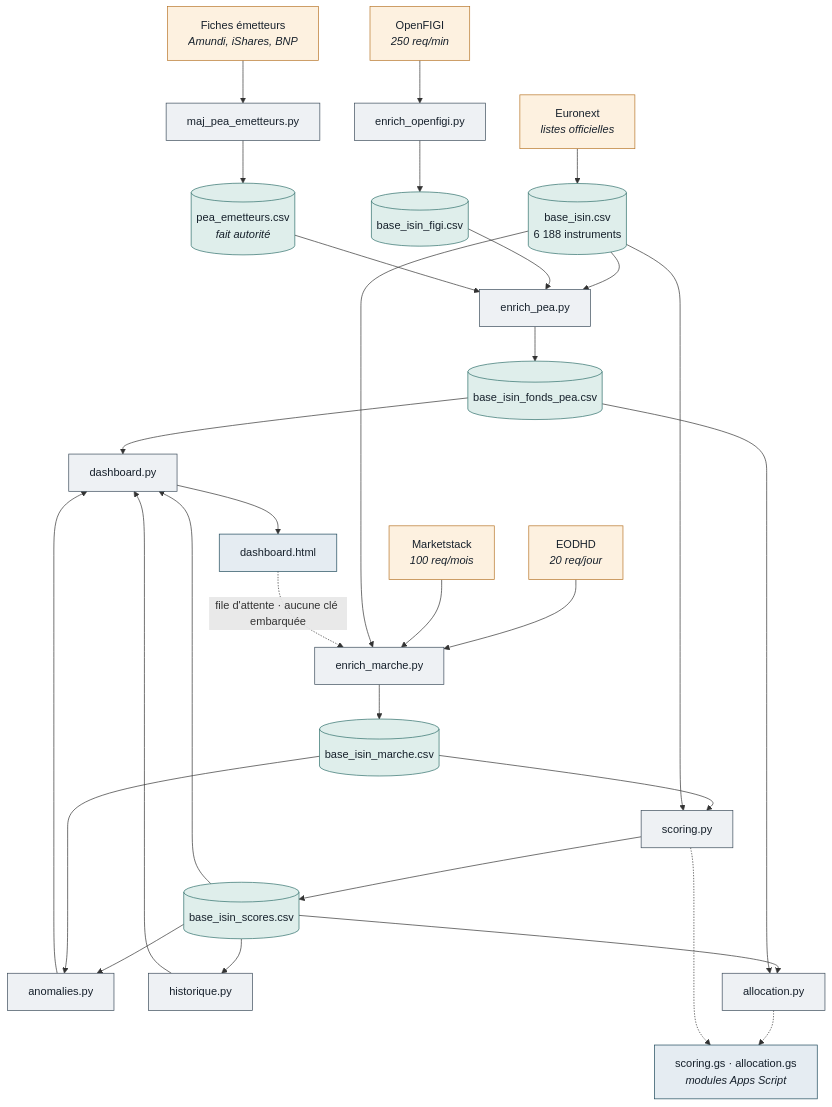
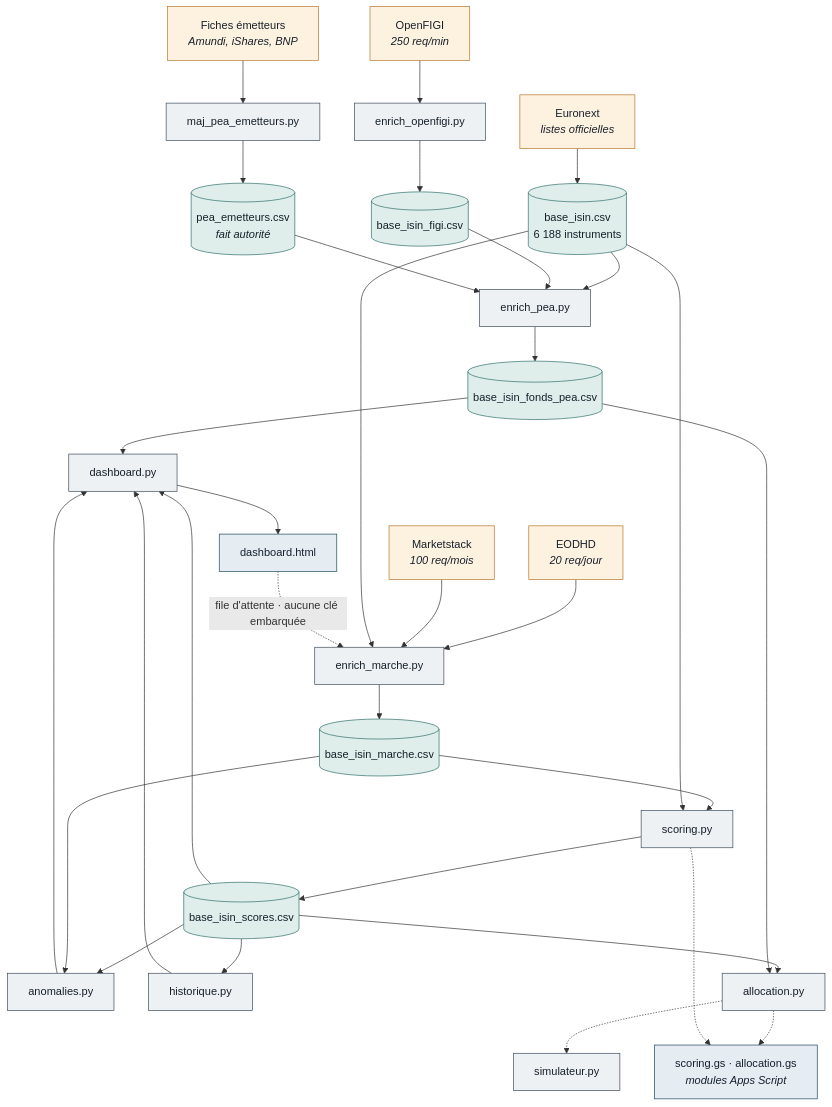
One commit to FredGarcia/PEAFirst changed the second of 3 diagrams in README.md. Above: the diagram before and after it, drawn with Mermaid. The commit also changed other lines of this file and 5 other files, not shown here.

````diff
--- a/README.md
+++ b/README.md
@@ -127,59 +128,61 @@
 ```mermaid
 flowchart TD
     EN["Euronext<br/><i>listes officielles</i>"]:::src
     OF["OpenFIGI<br/><i>250 req/min</i>"]:::src
     EM["Fiches émetteurs<br/><i>Amundi, iShares, BNP</i>"]:::src
     EO["EODHD<br/><i>20 req/jour</i>"]:::src
     MS["Marketstack<br/><i>100 req/mois</i>"]:::src
 
     B[("base_isin.csv<br/>6 188 instruments")]:::dat
     SO["enrich_openfigi.py"]:::scr
     F[("base_isin_figi.csv")]:::dat
     SE["maj_pea_emetteurs.py"]:::scr
     P[("pea_emetteurs.csv<br/><i>fait autorité</i>")]:::dat
     SP["enrich_pea.py"]:::scr
     FP[("base_isin_fonds_pea.csv")]:::dat
     SM["enrich_marche.py"]:::scr
     M[("base_isin_marche.csv")]:::dat
     SC["scoring.py"]:::scr
     S[("base_isin_scores.csv")]:::dat
     AN["anomalies.py"]:::scr
     HI["historique.py"]:::scr
     AL["allocation.py"]:::scr
+    SI["simulateur.py"]:::scr
     DA["dashboard.py"]:::scr
     HT["dashboard.html"]:::out
     GS["scoring.gs · allocation.gs<br/><i>modules Apps Script</i>"]:::out
 
     EN --> B
     OF --> SO --> F
     EM --> SE --> P
     B --> SP
     F --> SP
     P --> SP
     SP --> FP
     EO --> SM
     MS --> SM
     B --> SM
     SM --> M
     M --> SC
     B --> SC
     SC --> S
     S --> AN
     M --> AN
     S --> HI
     S --> AL
     FP --> AL
+    AL -.-> SI
     S --> DA
     FP --> DA
     AN --> DA
     HI --> DA
     DA --> HT
     AL -.-> GS
     SC -.-> GS
     HT -. "file d'attente · aucune clé embarquée" .-> SM
 
     classDef src fill:#fdf1e0,stroke:#b8762a,color:#16202b
     classDef scr fill:#eef1f4,stroke:#3d4d5c,color:#16202b
     classDef dat fill:#dfeeeb,stroke:#2f6f6b,color:#16202b
     classDef out fill:#e5ecf2,stroke:#1f4a5c,color:#16202b
 ```
````
